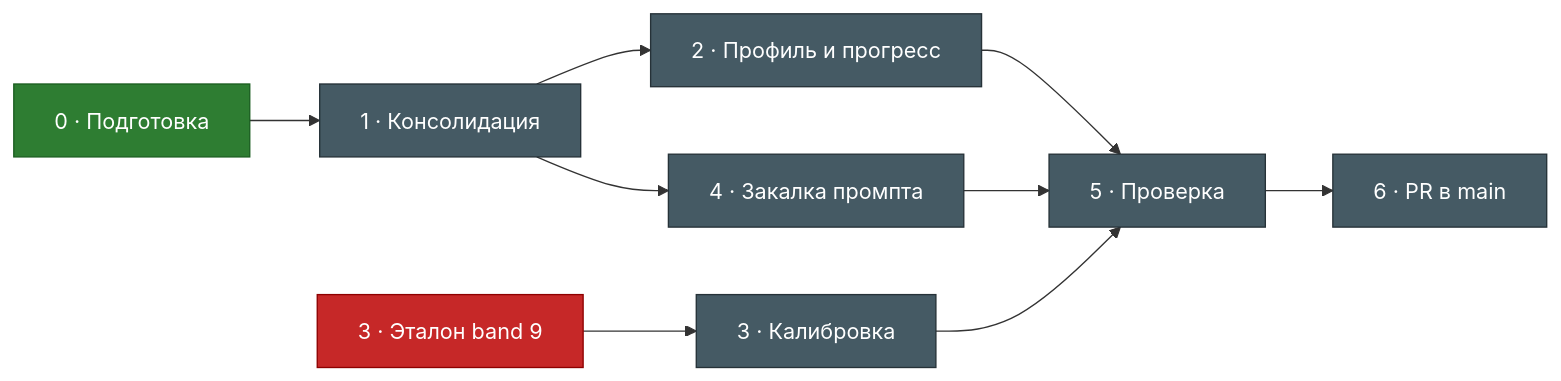
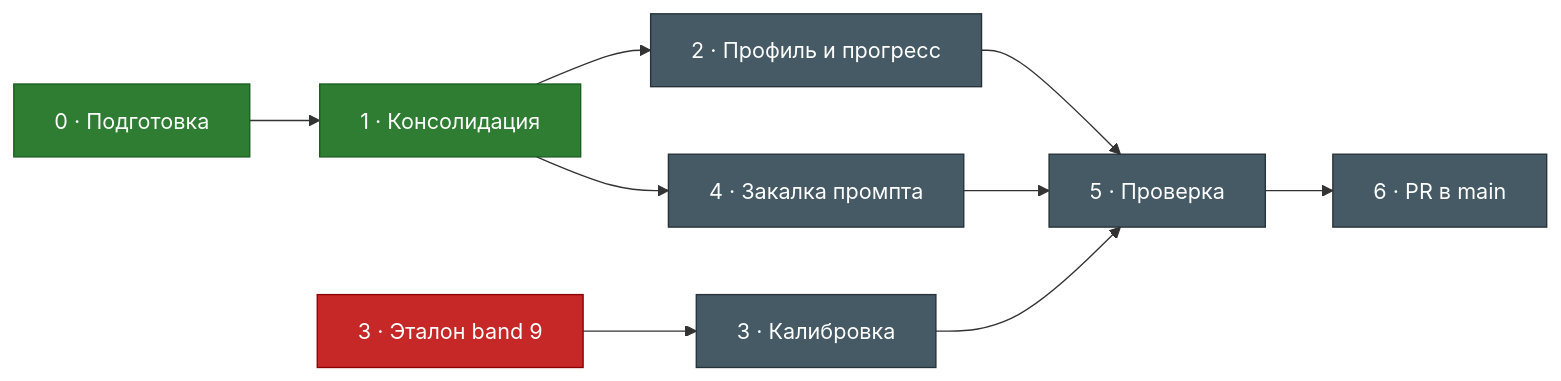
One commit to f513/IELTS-tutor changed the diagram in project/Roadmap.md. Above: the diagram before and after it, drawn with Mermaid. The commit also changed other lines of this file and 8 other files, not shown here.

````diff
--- a/project/Roadmap.md
+++ b/project/Roadmap.md
@@ -11,15 +11,15 @@
 ```mermaid
 flowchart LR
-  P0["0 · Подготовка"]:::done --> P1["1 · Консолидация"]:::todo
+  P0["0 · Подготовка"]:::done --> P1["1 · Консолидация"]:::done
   P1 --> P2["2 · Профиль и прогресс"]:::todo
   P1 --> P4["4 · Закалка промпта"]:::todo
   P3a["3 · Эталон band 9"]:::wait --> P3["3 · Калибровка"]:::todo
   P2 --> P5["5 · Проверка"]:::todo
   P3 --> P5
   P4 --> P5
   P5 --> P6["6 · PR в main"]:::todo
   classDef done fill:#2e7d32,color:#fff,stroke:#1b5e20
   classDef doing fill:#f9a825,color:#000,stroke:#f57f17
   classDef wait fill:#c62828,color:#fff,stroke:#8e0000
   classDef todo fill:#455a64,color:#fff,stroke:#263238
 ```
````
